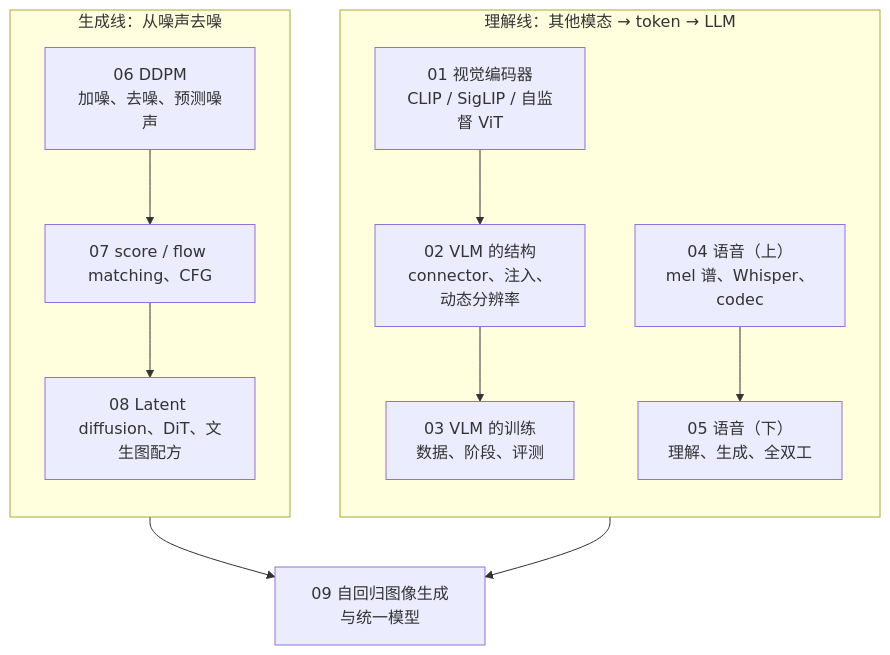
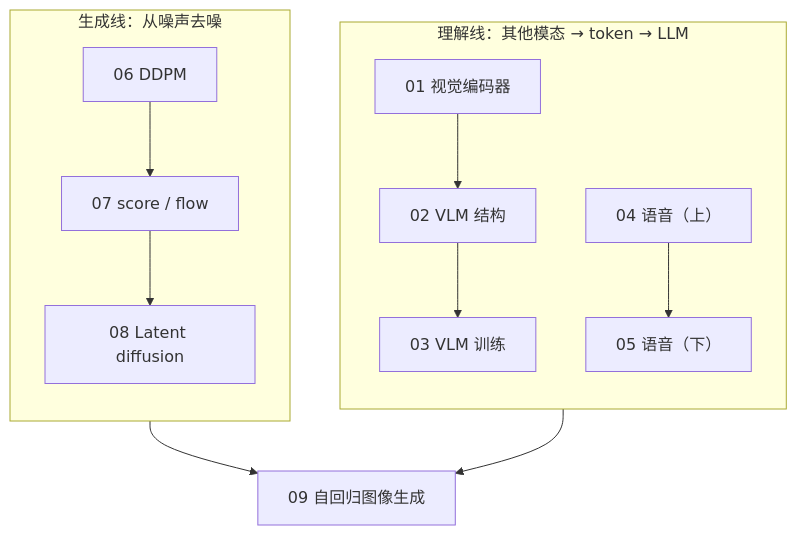
The diagram in slides/2026-05-09-multimodal.md (arganzheng/arganzheng.github.com), drawn with Mermaid before and after one commit.

Commit message:
slides/multimodal: cut/shorten mermaid diagrams below 14px rendered text (check-render smalltext/overlap)

````diff
--- a/slides/2026-05-09-multimodal.md
+++ b/slides/2026-05-09-multimodal.md
@@ -34,14 +34,14 @@
 ```mermaid
 %%{init: {"flowchart": {"wrappingWidth": 150}}}%%
 flowchart TB
     subgraph U["理解线：其他模态 → token → LLM"]
         direction TB
-        V1["01 视觉编码器<br/>CLIP / SigLIP / 自监督 ViT"] --> V2["02 VLM 的结构<br/>connector、注入、动态分辨率"] --> V3["03 VLM 的训练<br/>数据、阶段、评测"]
-        A4["04 语音（上）<br/>mel 谱、Whisper、codec"] --> A5["05 语音（下）<br/>理解、生成、全双工"]
+        V1["01 视觉编码器"] --> V2["02 VLM 结构"] --> V3["03 VLM 训练"]
+        A4["04 语音（上）"] --> A5["05 语音（下）"]
     end
     subgraph G["生成线：从噪声去噪"]
         direction TB
-        G6["06 DDPM<br/>加噪、去噪、预测噪声"] --> G7["07 score / flow matching、CFG"] --> G8["08 Latent diffusion、DiT、文生图配方"]
+        G6["06 DDPM"] --> G7["07 score / flow"] --> G8["08 Latent diffusion"]
     end
-    V2 & G8 --> M9["09 自回归图像生成与统一模型"]
+    V2 & G8 --> M9["09 自回归图像生成"]
 ```
````
